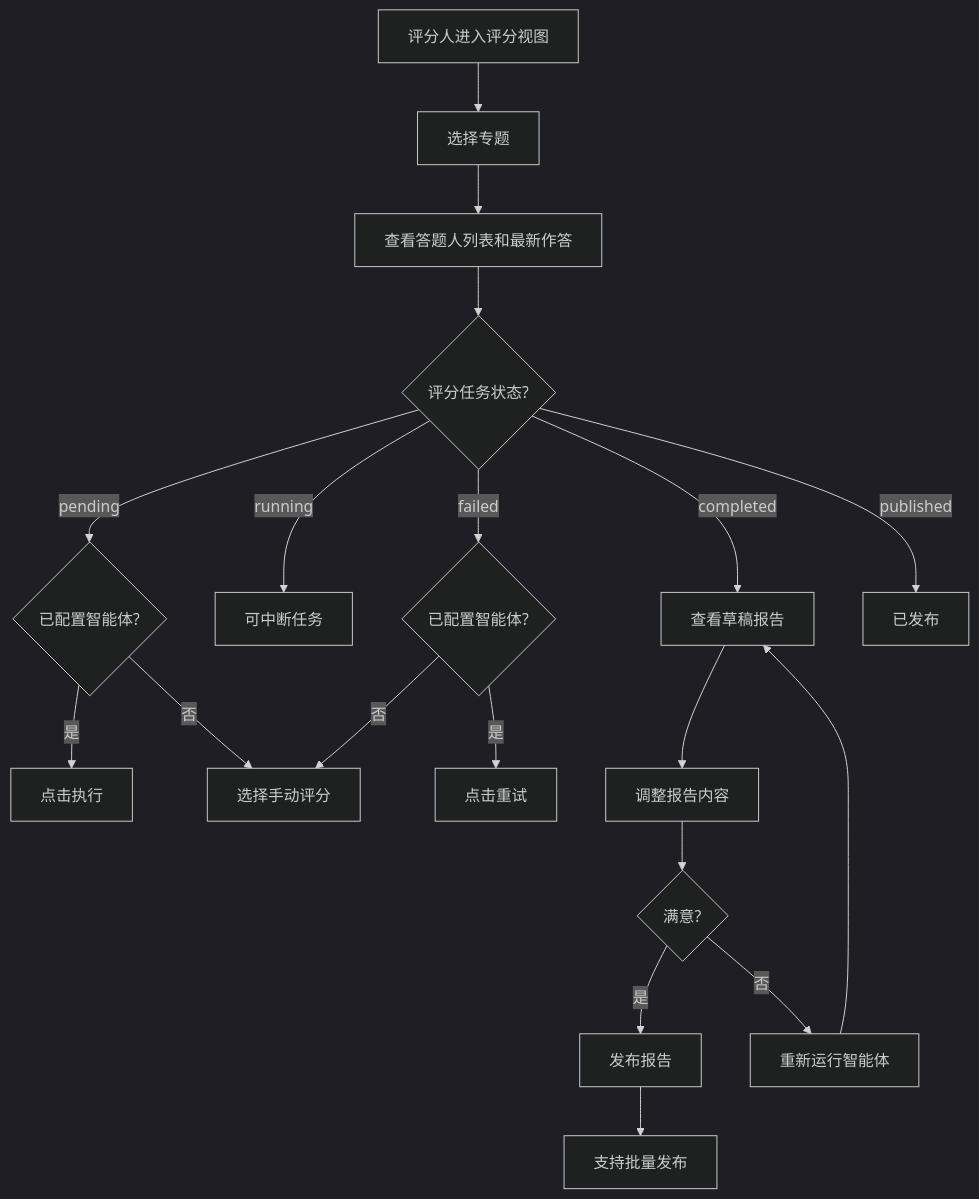
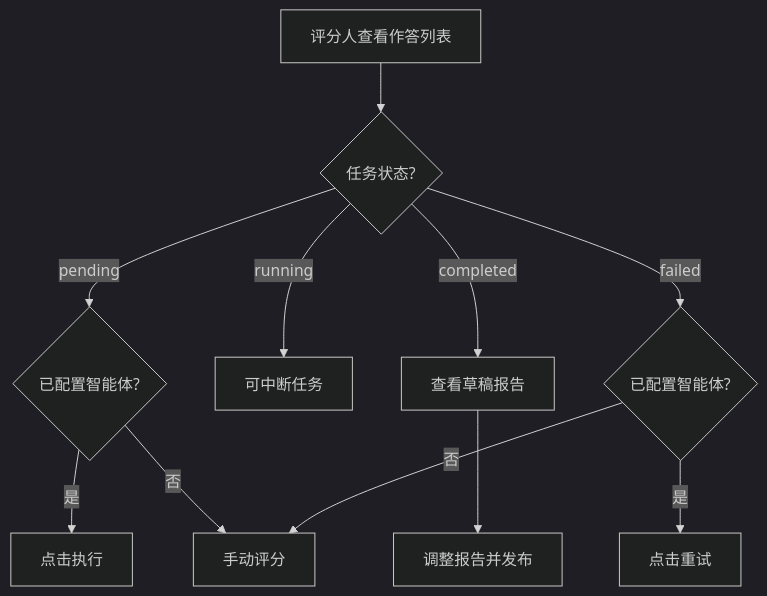
Before and after one commit to wecode-ai/Wegent: the fifth of 6 diagrams in plans/evaluation-module-technical-spec.md, drawn with Mermaid (dark theme). The commit also changed other lines of this file, not shown here.

````diff
--- a/plans/evaluation-module-technical-spec.md
+++ b/plans/evaluation-module-technical-spec.md
@@ -581,21 +361,13 @@
 ```mermaid
 flowchart TD
-    A[评分人进入评分视图] --> B[选择专题]
-    B --> C[查看答题人列表和最新作答]
-    C --> D{评分任务状态?}
-    D -->|pending| E{已配置智能体?}
-    D -->|running| F[可中断任务]
-    D -->|completed| G[查看草稿报告]
-    D -->|failed| H{已配置智能体?}
-    D -->|published| I[已发布]
-    E -->|是| J[点击执行]
-    E -->|否| K[选择手动评分]
-    H -->|是| L[点击重试]
-    H -->|否| K
-    G --> M[调整报告内容]
-    M --> N{满意?}
-    N -->|是| O[发布报告]
-    N -->|否| P[重新运行智能体]
-    P --> G
-    O --> Q[支持批量发布]
+    A[评分人查看作答列表] --> B{任务状态?}
+    B -->|pending| C{已配置智能体?}
+    B -->|running| D[可中断任务]
+    B -->|completed| E[查看草稿报告]
+    B -->|failed| F{已配置智能体?}
+    C -->|是| G[点击执行]
+    C -->|否| H[手动评分]
+    F -->|是| I[点击重试]
+    F -->|否| H
+    E --> J[调整报告并发布]
 ```
````
